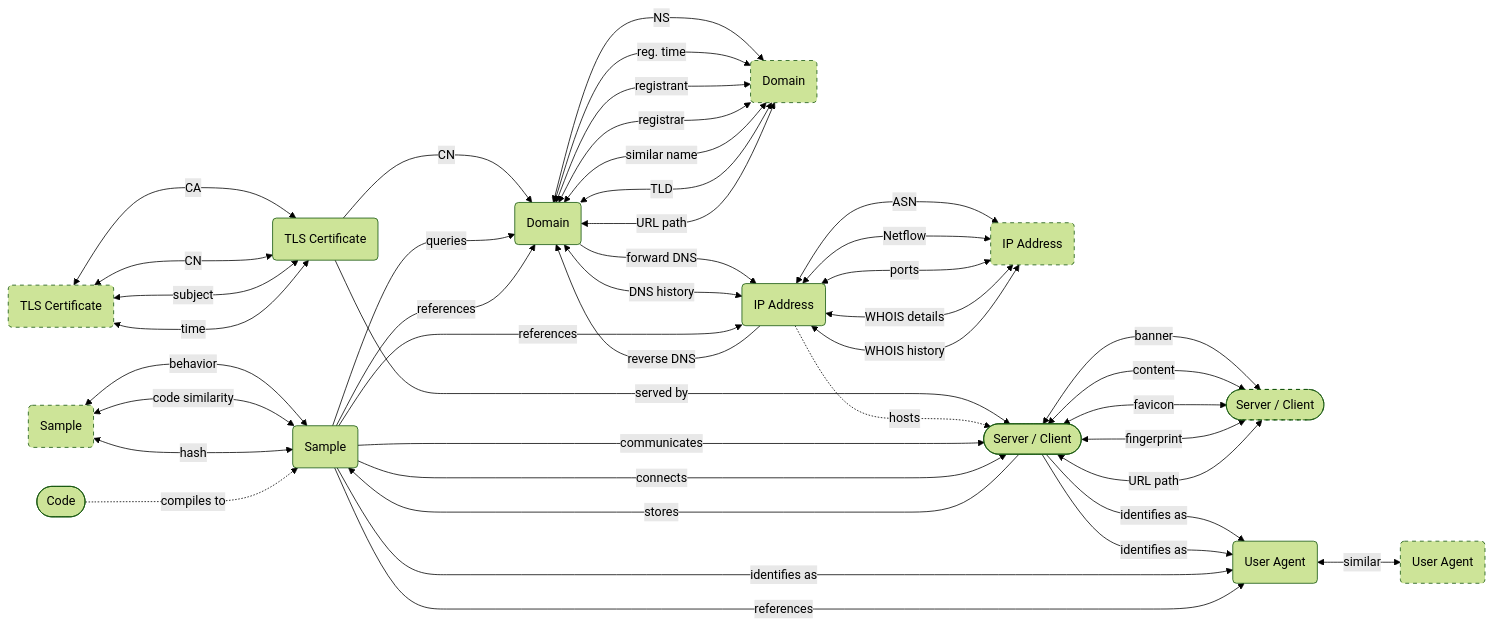
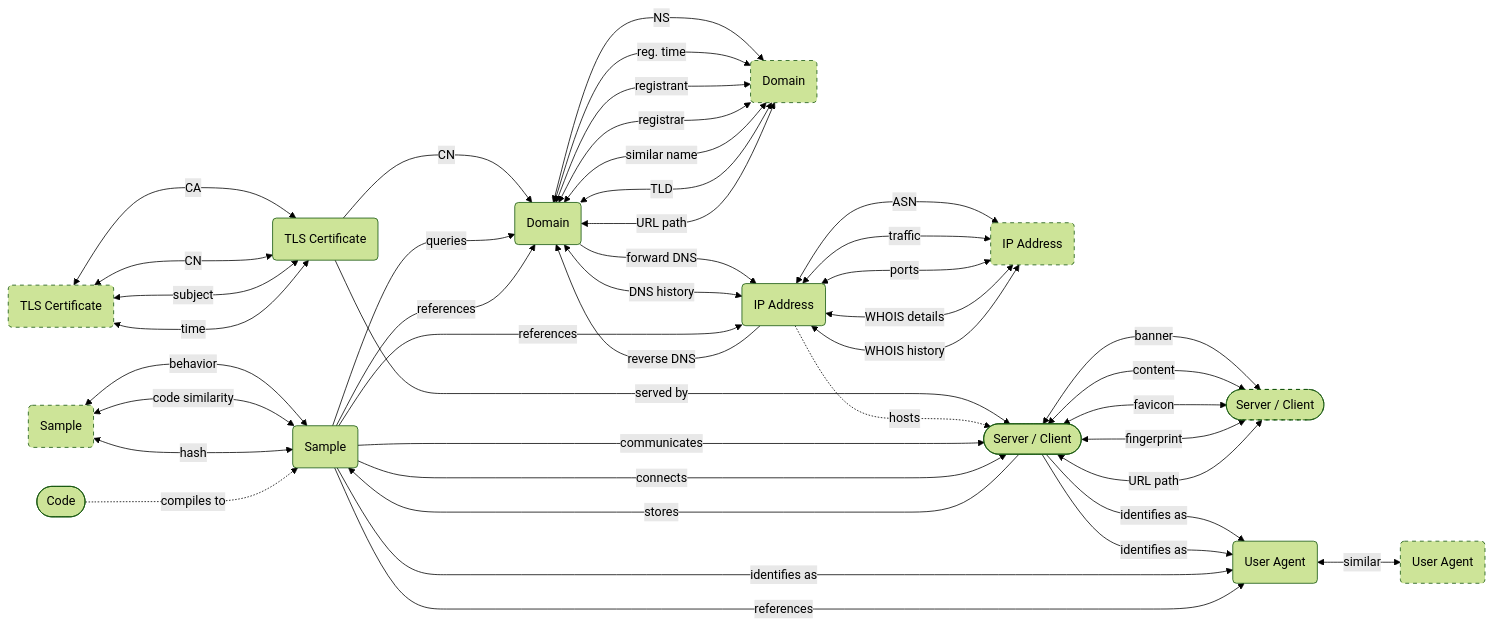
The diagram in docs/map/index.md (korniko98/pivot-atlas), drawn with Mermaid (forest theme) before and after one commit. The commit also changed other lines of this file and 11 other files, not shown here.

````diff
--- a/docs/map/index.md
+++ b/docs/map/index.md
@@ -13,70 +13,70 @@
 ```mermaid
 flowchart LR
 	classDef secondary stroke-dasharray: 5 5
 	
 	%% define nodes
 	CODE([Code])
 	DOMAIN(Domain)
 	DOMAIN_(Domain):::secondary
 	IP_ADDRESS(IP Address)
 	IP_ADDRESS_(IP Address):::secondary
 	SAMPLE(Sample)
 	SAMPLE_(Sample):::secondary
 	SERVER([Server / Client])
 	SERVER_([Server / Client]):::secondary
 	USER_AGENT(User Agent)
 	USER_AGENT_(User Agent):::secondary
 	TLS_CERT(TLS Certificate)
 	TLS_CERT_(TLS Certificate):::secondary
 
 	%% define edges
 	DOMAIN -- forward DNS ---> IP_ADDRESS
 	DOMAIN <-- DNS history ---> IP_ADDRESS
 	DOMAIN <-- NS ---> DOMAIN_
 	DOMAIN <-- reg. time ---> DOMAIN_
 	DOMAIN <-- registrant ---> DOMAIN_
 	DOMAIN <-- registrar ---> DOMAIN_
 	DOMAIN <-- similar name ---> DOMAIN_
 	DOMAIN <-- TLD ---> DOMAIN_
 	DOMAIN <-- URL path ---> DOMAIN_
 	TLS_CERT -- CN  ---> DOMAIN
 	TLS_CERT -- served by  --> SERVER
 	TLS_CERT_ <-- CA  --> TLS_CERT
 	TLS_CERT_ <-- CN  --> TLS_CERT
 	TLS_CERT_ <-- subject  --> TLS_CERT
 	TLS_CERT_ <-- time ---> TLS_CERT
 	IP_ADDRESS -- reverse DNS  ---> DOMAIN
 	IP_ADDRESS -. hosts ..-> SERVER
 	IP_ADDRESS <-- ASN ---> IP_ADDRESS_
-	IP_ADDRESS <-- Netflow ---> IP_ADDRESS_
+	IP_ADDRESS <-- traffic ---> IP_ADDRESS_
 	IP_ADDRESS <-- ports ---> IP_ADDRESS_
 	IP_ADDRESS <-- WHOIS details  ---> IP_ADDRESS_
 	IP_ADDRESS <-- WHOIS history  ---> IP_ADDRESS_
 	USER_AGENT <-- similar  --> USER_AGENT_
 	SERVER -- identifies as ---> USER_AGENT
 	SERVER -- stores --> SAMPLE
 	SERVER <-- banner  ---> SERVER_
 	SERVER <-- content ---> SERVER_
 	SERVER <-- favicon ---> SERVER_
 	SERVER <-- fingerprint ---> SERVER_
 	SERVER <-- URL path ---> SERVER_
 	SERVER -- identifies as --> USER_AGENT
 	SAMPLE_ <-- behavior ---> SAMPLE
 	SAMPLE_ <-- code similarity ---> SAMPLE
 	SAMPLE -- communicates --> SERVER
 	SAMPLE -- connects --> SERVER
 	SAMPLE_ <-- hash  ---> SAMPLE
 	SAMPLE -- identifies as ---> USER_AGENT
 	SAMPLE -- queries ---> DOMAIN
 	SAMPLE -- references  ---> DOMAIN
 	SAMPLE -- references ---> IP_ADDRESS
 	SAMPLE -- references --> USER_AGENT
 	CODE -. compiles to ..-> SAMPLE
 
 	%% define links
 	click DOMAIN "/artifacts/domain/"
 	click IP_ADDRESS "/artifacts/ip-address/"
 	click SAMPLE "/artifacts/sample/"
 	click TLS_CERT "/artifacts/tls-certificate/"
 	click USER_AGENT "/artifacts/user-agent/"
 ```
````
